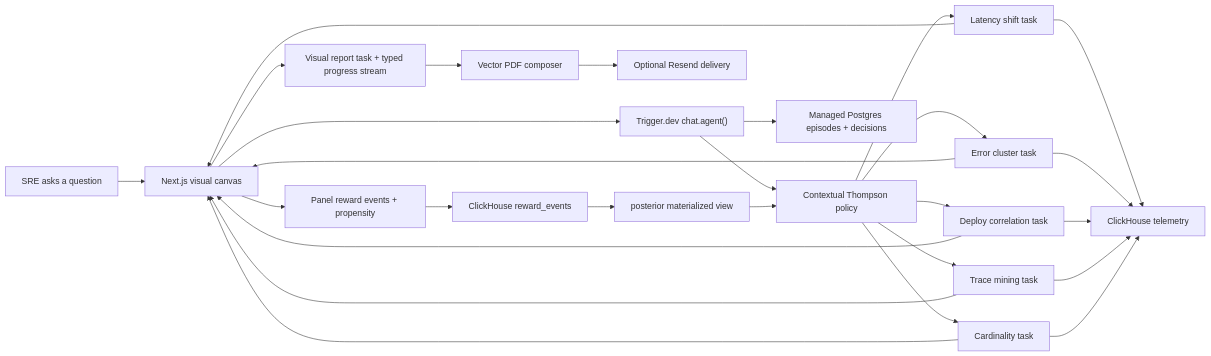
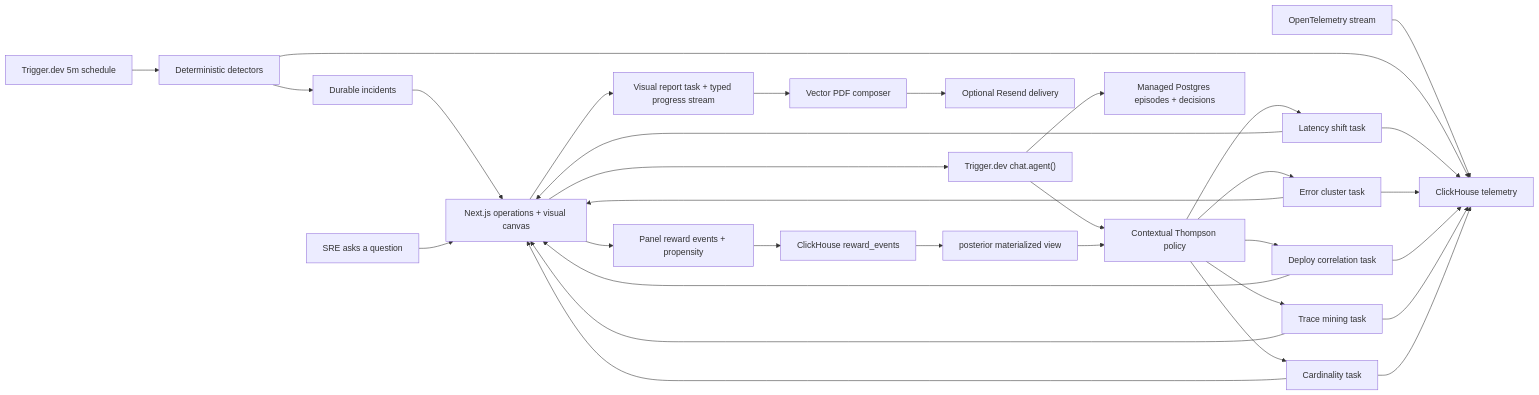
The diagram in README.md (akhand0/trinetra), drawn with Mermaid before and after one commit. The commit also changed other lines of this file and 11 other files, not shown here.

````diff
--- a/README.md
+++ b/README.md
@@ -27,21 +36,26 @@
 ```mermaid
 flowchart LR
-    U["SRE asks a question"] --> UI["Next.js visual canvas"]
+    O["OpenTelemetry stream"] --> CH["ClickHouse telemetry"]
+    S["Trigger.dev 5m schedule"] --> DET["Deterministic detectors"]
+    DET --> CH
+    DET --> INC["Durable incidents"]
+    INC --> UI["Next.js operations + visual canvas"]
+    U["SRE asks a question"] --> UI
     UI --> A["Trigger.dev chat.agent()"]
     A --> P["Contextual Thompson policy"]
     P --> L["Latency shift task"]
     P --> E["Error cluster task"]
     P --> D["Deploy correlation task"]
     P --> T["Trace mining task"]
     P --> C["Cardinality task"]
-    L & E & D & T & C --> CH["ClickHouse telemetry"]
+    L & E & D & T & C --> CH
     L & E & D & T & C --> UI
     UI --> VR["Visual report task + typed progress stream"]
     VR --> PDF["Vector PDF composer"]
     PDF --> EM["Optional Resend delivery"]
     UI --> R["Panel reward events + propensity"]
     R --> CHR["ClickHouse reward_events"]
     CHR --> MV["posterior materialized view"]
     MV --> P
     A --> PG["Managed Postgres episodes + decisions"]
 ```
````
